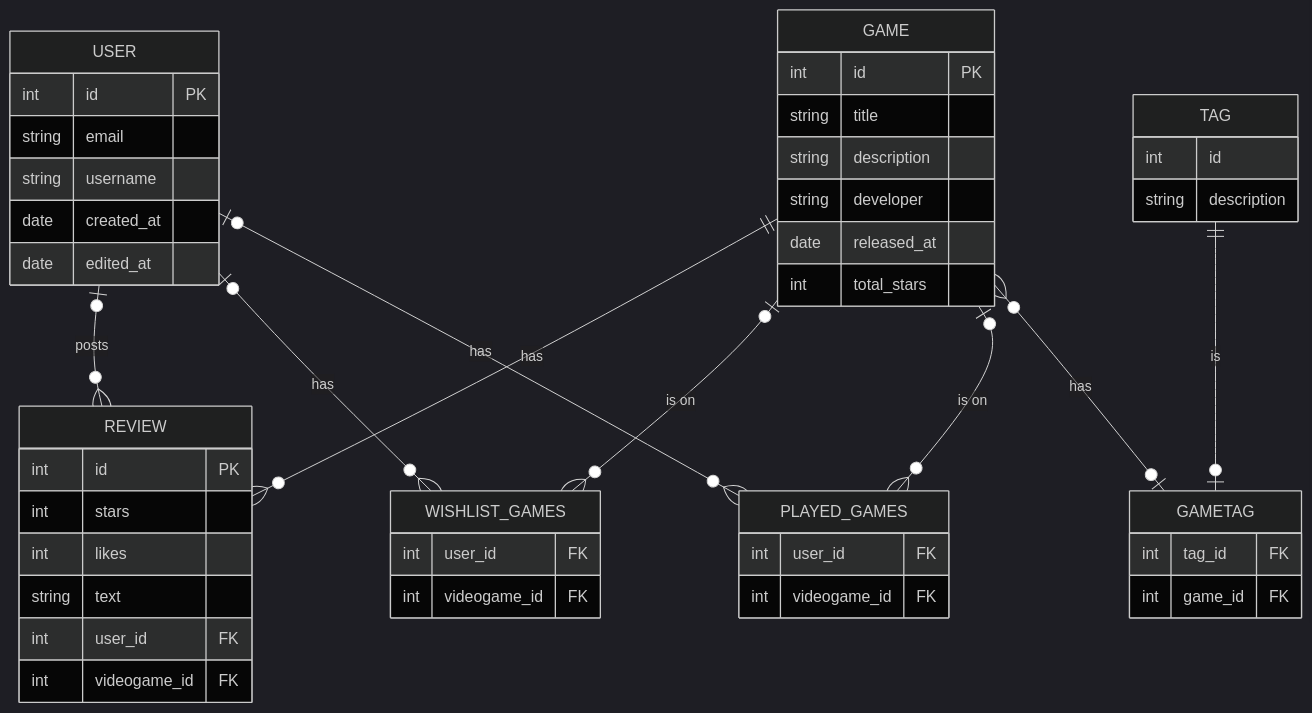
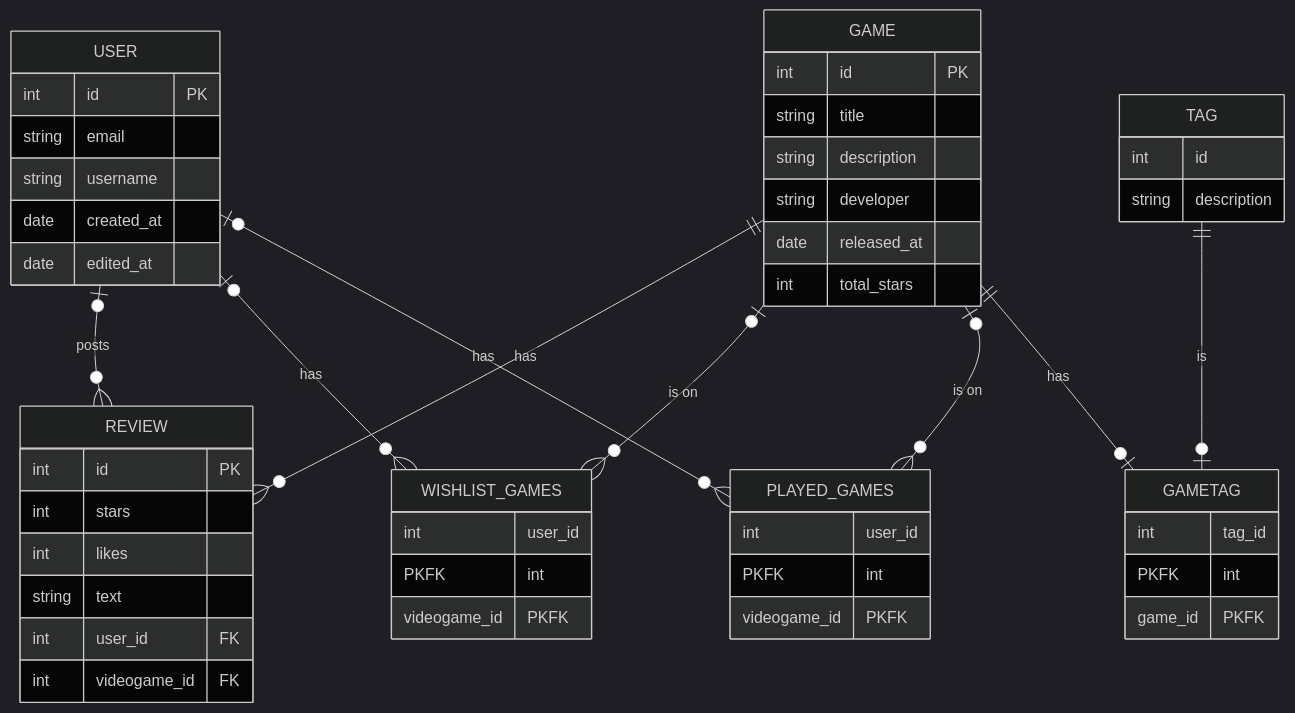
One commit to TarynBeaupre/VideoGamed changed the diagram in README.md. Above: the diagram before and after it, drawn with Mermaid (dark theme).

Commit message:
Fixed the erg

````diff
--- a/README.md
+++ b/README.md
@@ -56,59 +56,59 @@
 ```mermaid
 erDiagram
     GAME ||--o{ REVIEW : has
     USER |o--o{ REVIEW : "posts"
     USER |o--o{ WISHLIST_GAMES : "has"
      USER |o--o{ PLAYED_GAMES : "has"
     GAME |o--o{ WISHLIST_GAMES : "is on"
     GAME |o--o{ PLAYED_GAMES : "is on"
-    GAME }o--o| GAMETAG : "has"
+    GAME ||--o| GAMETAG : "has"
     TAG ||--o| GAMETAG : "is"
 
 
     REVIEW {
         int id PK
         int stars
         int likes
         string text
         int user_id FK 
         int videogame_id FK 
     }
 
 
     GAME {
         int id PK
         string title
         string description
         string developer
         date released_at
         int total_stars
     }
 
     USER {
         int id PK
         string email
         string username
         date created_at
         date edited_at
     }
 
     WISHLIST_GAMES {
-        int user_id FK 
-        int videogame_id FK
+        int user_id PKFK 
+        int videogame_id PKFK
     }
 
     PLAYED_GAMES{
-        int user_id FK 
-        int videogame_id FK
+        int user_id PKFK 
+        int videogame_id PKFK
     }
 
     TAG {
         int id
         string description
     }
 
     GAMETAG{
-        int tag_id FK 
-        int game_id FK
+        int tag_id PKFK 
+        int game_id PKFK
     }
 ```
````
